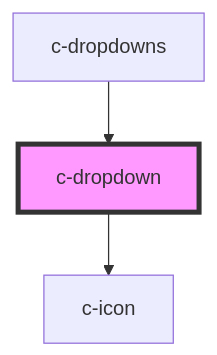
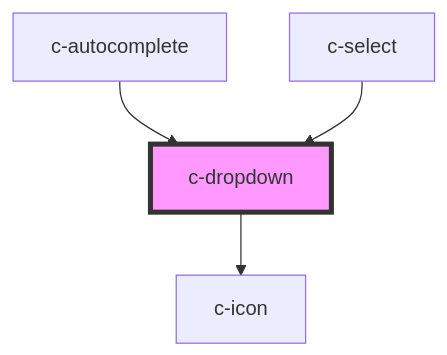
The diagram in packages/csc-ui/src/components/c-dropdown/readme.md (CSCfi/ui), drawn with Mermaid before and after one commit. The commit also changed other lines of this file and 18 other files, not shown here.

Commit message:
fix: c-dropdown: remove c-dropdowns and use c-dropdown directly on c-select and -c-autocomplete

````diff
--- a/packages/csc-ui/src/components/c-dropdown/readme.md
+++ b/packages/csc-ui/src/components/c-dropdown/readme.md
@@ -79,6 +99,7 @@
 ```mermaid
 graph TD;
   c-dropdown --> c-icon
-  c-dropdowns --> c-dropdown
+  c-autocomplete --> c-dropdown
+  c-select --> c-dropdown
   style c-dropdown fill:#f9f,stroke:#333,stroke-width:4px
 ```
````
